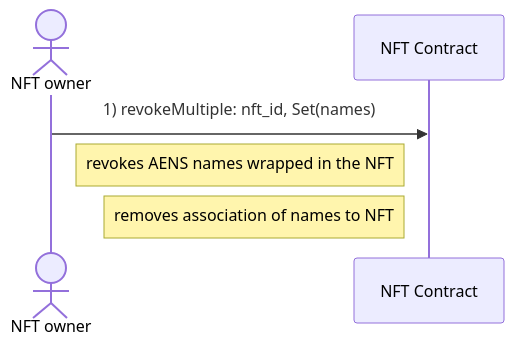
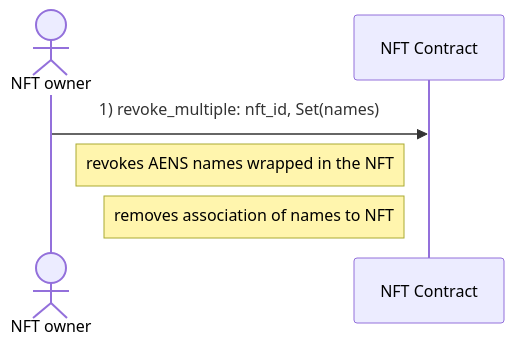
One commit to marc0olo/aens-nfts changed the second of 3 diagrams in docs/diagrams/revoke_aens_names.md. Above: the diagram before and after it, drawn with Mermaid. The commit also changed other lines of this file and 17 other files, not shown here.

````diff
--- a/docs/diagrams/revoke_aens_names.md
+++ b/docs/diagrams/revoke_aens_names.md
@@ -19,7 +19,7 @@
 ```mermaid
 sequenceDiagram
     actor NFT owner
-    NFT owner ->> NFT Contract: 1) revokeMultiple: nft_id, Set(names)
+    NFT owner ->> NFT Contract: 1) revoke_multiple: nft_id, Set(names)
     Note left of NFT Contract: revokes AENS names wrapped in the NFT
     Note left of NFT Contract: removes association of names to NFT
 ```
````
